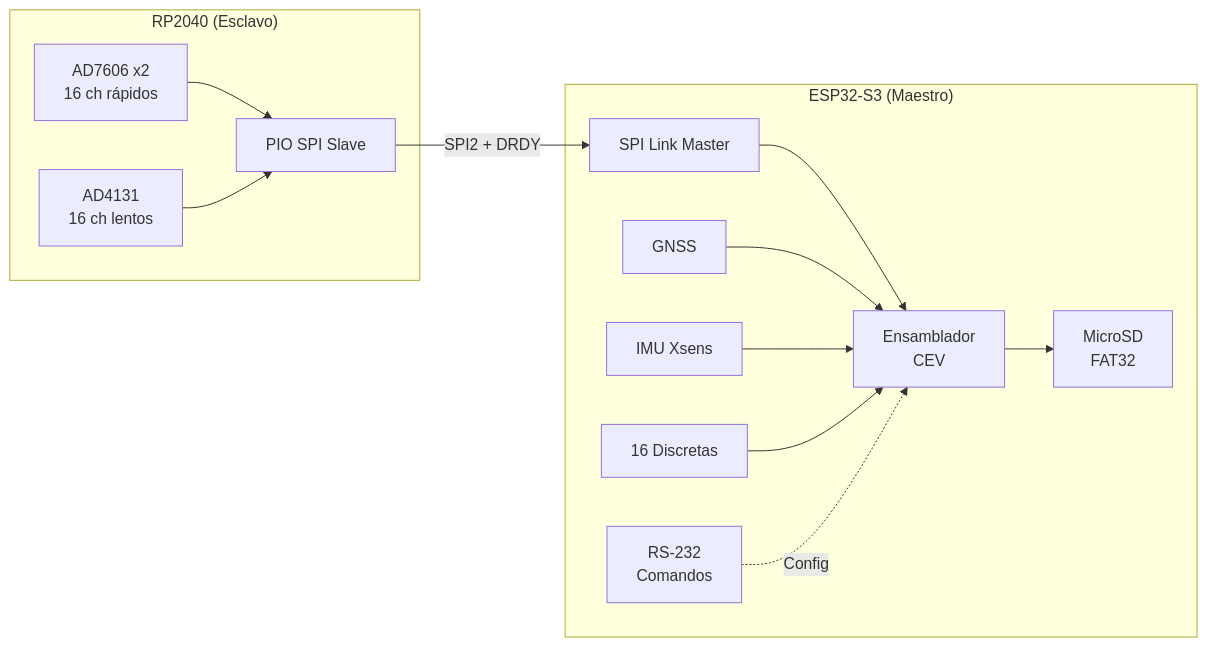
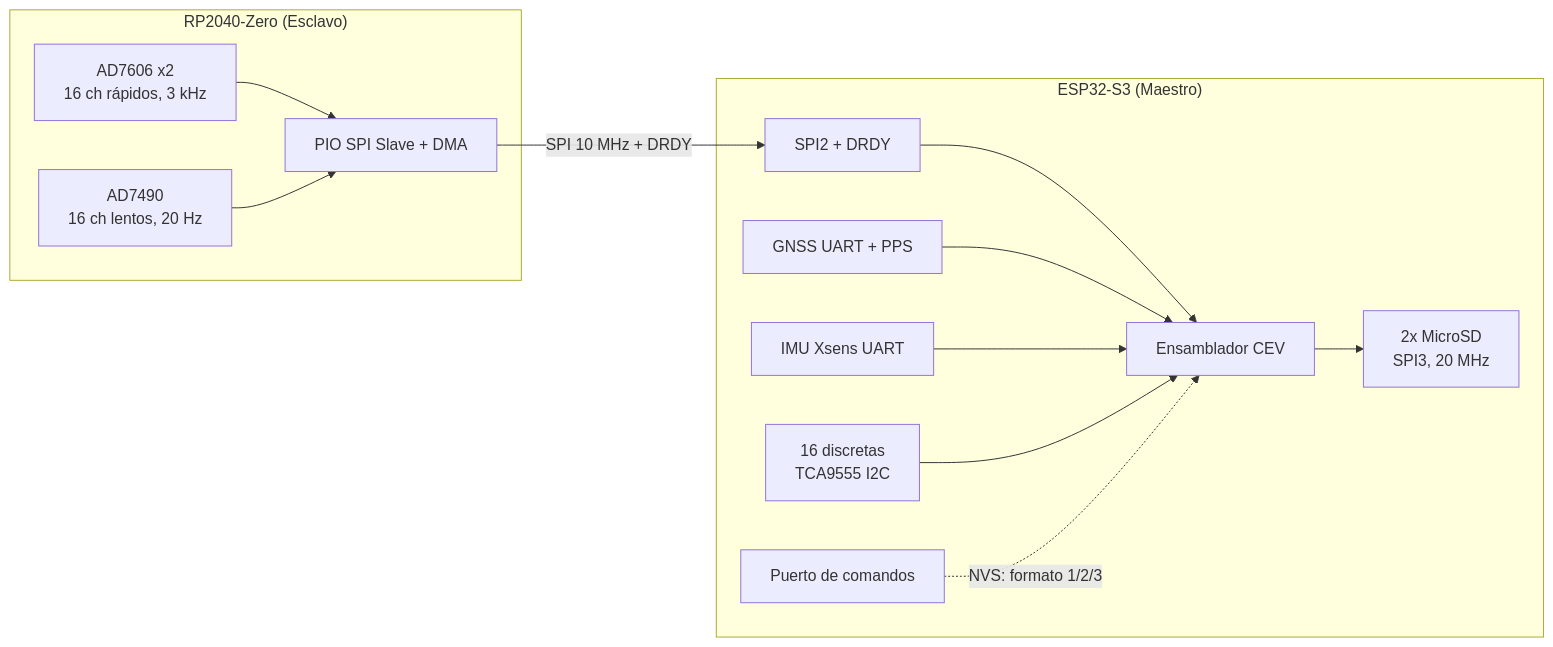
One commit to Moisespg13/Flight-Data-Recorder changed the diagram in DocumentacionDeContexto/fdr_system_architecture.md. Above: the diagram before and after it, drawn with Mermaid. The commit also changed other lines of this file and 39 other files, not shown here.

````diff
--- a/DocumentacionDeContexto/fdr_system_architecture.md
+++ b/DocumentacionDeContexto/fdr_system_architecture.md
@@ -9,28 +13,28 @@
 ```mermaid
 graph LR
-    subgraph Esclavo["RP2040 (Esclavo)"]
-        AD7606["AD7606 x2\n16 ch rápidos"]
-        AD4131["AD4131\n16 ch lentos"]
-        PIO["PIO SPI Slave"]
+    subgraph Esclavo["RP2040-Zero (Esclavo)"]
+        AD7606["AD7606 x2\n16 ch rápidos, 3 kHz"]
+        AD7490["AD7490\n16 ch lentos, 20 Hz"]
+        PIO["PIO SPI Slave + DMA"]
     end
 
     subgraph Maestro["ESP32-S3 (Maestro)"]
-        SPI_LINK["SPI Link Master"]
-        GPS["GNSS"]
-        IMU["IMU Xsens"]
-        DISC["16 Discretas"]
-        CEV["Ensamblador\nCEV"]
-        SD["MicroSD\nFAT32"]
-        CMD["RS-232\nComandos"]
+        SPI_LINK["SPI2 + DRDY"]
+        GPS["GNSS UART + PPS"]
+        IMU["IMU Xsens UART"]
+        DISC["16 discretas\nTCA9555 I2C"]
+        CEV["Ensamblador CEV"]
+        SD["2x MicroSD\nSPI3, 20 MHz"]
+        CMD["Puerto de comandos"]
     end
 
     AD7606 --> PIO
-    AD4131 --> PIO
-    PIO -->|SPI2 + DRDY| SPI_LINK
+    AD7490 --> PIO
+    PIO -->|SPI 10 MHz + DRDY| SPI_LINK
     SPI_LINK --> CEV
     GPS --> CEV
     IMU --> CEV
     DISC --> CEV
     CEV --> SD
-    CMD -.->|Config| CEV
+    CMD -.->|NVS: formato 1/2/3| CEV
 ```
````
